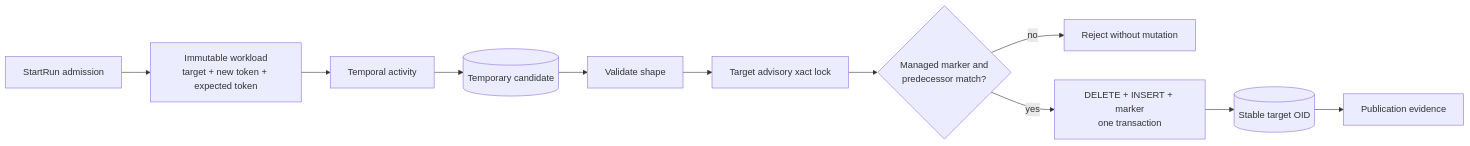
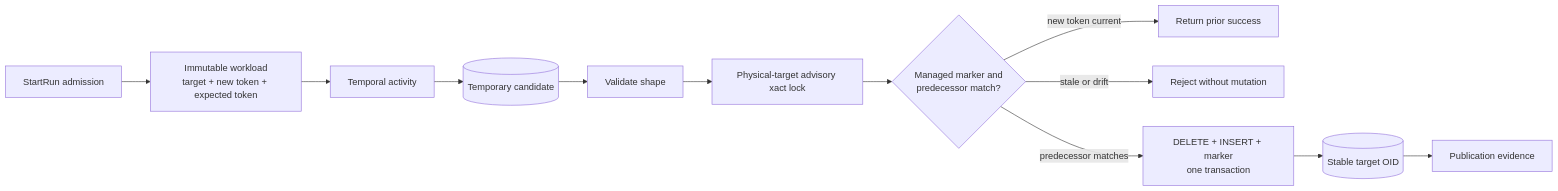
One commit to dunay2/dvt changed the second of 2 diagrams in docs/planning/proposals/mandatory/runtime-and-contracts/vtx2-postgresql-publication-contract-study-20260903.md. Above: the diagram before and after it, drawn with Mermaid. The commit also changed other lines of this file and 1 other file, not shown here.

Commit message:
docs(docs): Fence aliases and publication retries

````diff
--- a/docs/planning/proposals/mandatory/runtime-and-contracts/vtx2-postgresql-publication-contract-study-20260903.md
+++ b/docs/planning/proposals/mandatory/runtime-and-contracts/vtx2-postgresql-publication-contract-study-20260903.md
@@ -91,13 +91,14 @@
 ```mermaid
 flowchart LR
   Admission[StartRun admission] --> Workload[Immutable workload<br/>target + new token + expected token]
   Workload --> Temporal[Temporal activity]
   Temporal --> Candidate[(Temporary candidate)]
   Candidate --> Validate[Validate shape]
-  Validate --> Lock[Target advisory xact lock]
+  Validate --> Lock[Physical-target advisory xact lock]
   Lock --> CAS{Managed marker and<br/>predecessor match?}
-  CAS -- no --> Reject[Reject without mutation]
-  CAS -- yes --> Tx[DELETE + INSERT + marker<br/>one transaction]
+  CAS -- new token current --> Idempotent[Return prior success]
+  CAS -- stale or drift --> Reject[Reject without mutation]
+  CAS -- predecessor matches --> Tx[DELETE + INSERT + marker<br/>one transaction]
   Tx --> Stable[(Stable target OID)]
   Stable --> Evidence[Publication evidence]
 ```
````
